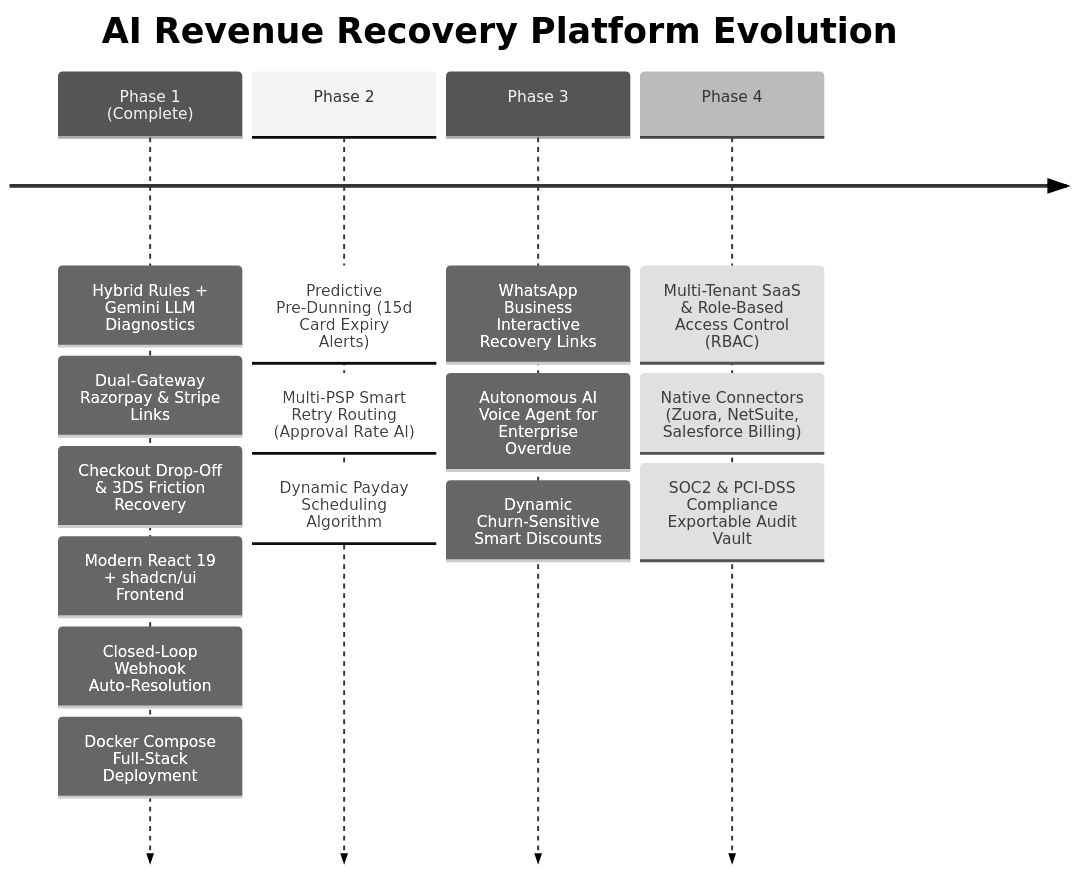
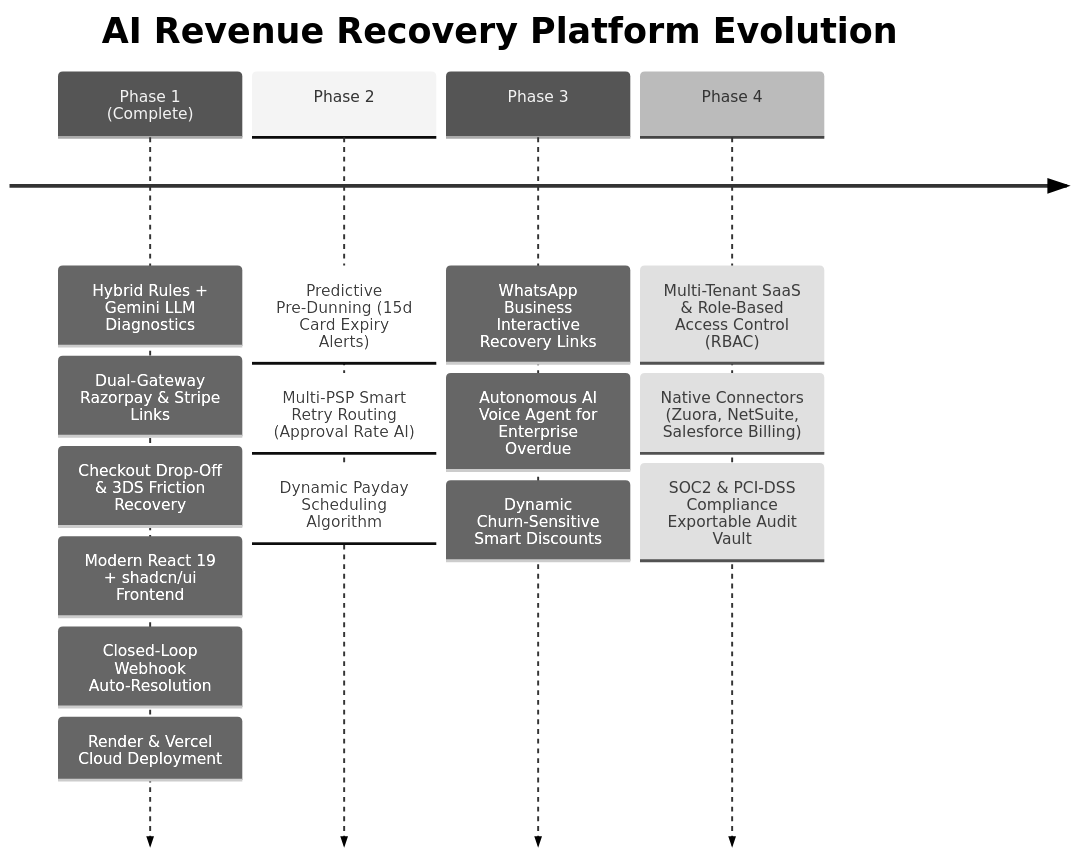
The second of 2 diagrams in README.md (awejofficial/ai-revenue-v1), drawn with Mermaid (neutral theme) before and after one commit. The commit also changed other lines of this file and 3 other files, not shown here.

Commit message:
chore: remove Docker configurations and update documentation for Render & Vercel deployment

````diff
--- a/README.md
+++ b/README.md
@@ -487,19 +494,19 @@
 ```mermaid
 timeline
     title AI Revenue Recovery Platform Evolution
     Phase 1 (Complete) : Hybrid Rules + Gemini LLM Diagnostics
             : Dual-Gateway Razorpay & Stripe Links
             : Checkout Drop-Off & 3DS Friction Recovery
             : Modern React 19 + shadcn/ui Frontend
             : Closed-Loop Webhook Auto-Resolution
-            : Docker Compose Full-Stack Deployment
+            : Render & Vercel Cloud Deployment
     Phase 2 : Predictive Pre-Dunning (15d Card Expiry Alerts)
             : Multi-PSP Smart Retry Routing (Approval Rate AI)
             : Dynamic Payday Scheduling Algorithm
     Phase 3 : WhatsApp Business Interactive Recovery Links
             : Autonomous AI Voice Agent for Enterprise Overdue
             : Dynamic Churn-Sensitive Smart Discounts
     Phase 4 : Multi-Tenant SaaS & Role-Based Access Control (RBAC)
             : Native Connectors (Zuora, NetSuite, Salesforce Billing)
             : SOC2 & PCI-DSS Compliance Exportable Audit Vault
 ```
````
